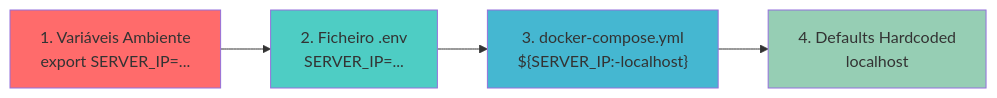
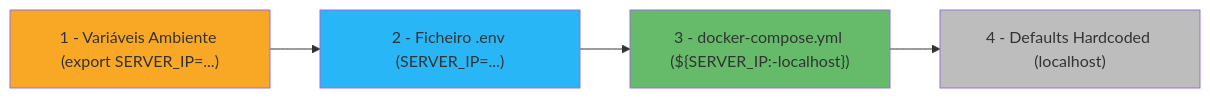
Before and after one commit to fabiofalopes/ann-tfc: the second of 2 diagrams in README.md, drawn with Mermaid.

````diff
--- a/README.md
+++ b/README.md
@@ -461,11 +461,11 @@
 ```mermaid
 graph LR
-    A["1. Variáveis Ambiente<br/>export SERVER_IP=..."] --> B["2. Ficheiro .env<br/>SERVER_IP=..."]
-    B --> C["3. docker-compose.yml<br/>${SERVER_IP:-localhost}"]
-    C --> D["4. Defaults Hardcoded<br/>localhost"]
+    A["1 - Variáveis Ambiente (export SERVER_IP=...)"] --> B["2 - Ficheiro .env (SERVER_IP=...)"]
+    B --> C["3 - docker-compose.yml (${SERVER_IP:-localhost})"]
+    C --> D["4 - Defaults Hardcoded (localhost)"]
     
-    style A fill:#ff6b6b
-    style B fill:#4ecdc4
-    style C fill:#45b7d1
-    style D fill:#96ceb4
+    style A fill:#F9A825
+    style B fill:#29B6F6
+    style C fill:#66BB6A
+    style D fill:#BDBDBD
 ```
````
